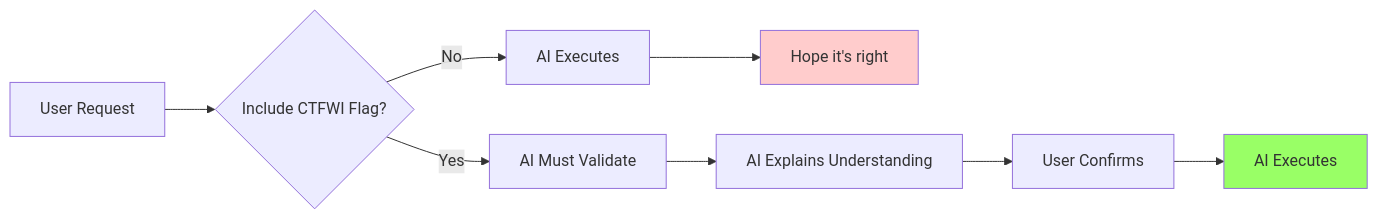
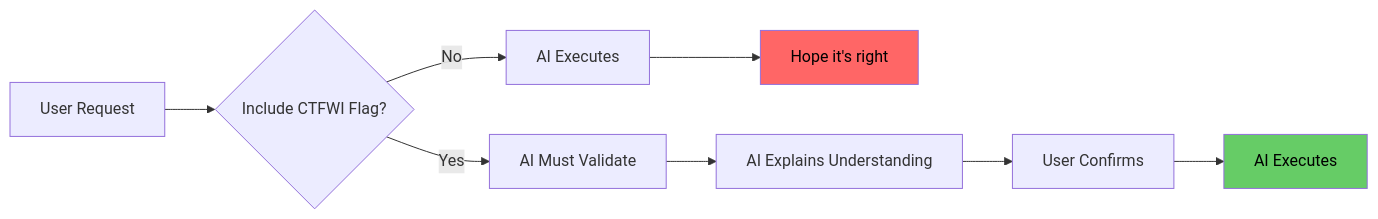
One commit to toolate28/kenl changed the second of 3 diagrams in atom-sage-framework/docs/USER_MANUAL.md. Above: the diagram before and after it, drawn with Mermaid. The commit also changed other lines of this file and 4 other files, not shown here.

First line of the commit message:
docs: add comprehensive ATOM log examples and fix diagram accessibility

````diff
--- a/atom-sage-framework/docs/USER_MANUAL.md
+++ b/atom-sage-framework/docs/USER_MANUAL.md
@@ -390,14 +390,14 @@
 ```mermaid
 graph LR
     A[User Request] --> B{Include CTFWI Flag?}
     B -->|No| C[AI Executes]
     C --> D[Hope it's right]
 
     B -->|Yes| E[AI Must Validate]
     E --> F[AI Explains Understanding]
     F --> G[User Confirms]
     G --> H[AI Executes]
 
-    style D fill:#fcc
-    style H fill:#9f6
+    style D fill:#ff6666,color:#000
+    style H fill:#66cc66,color:#000
 ```
````
